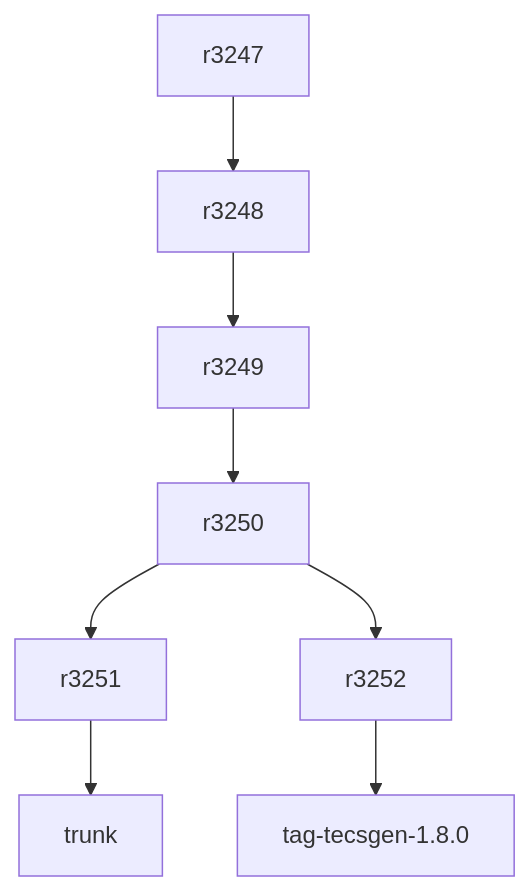
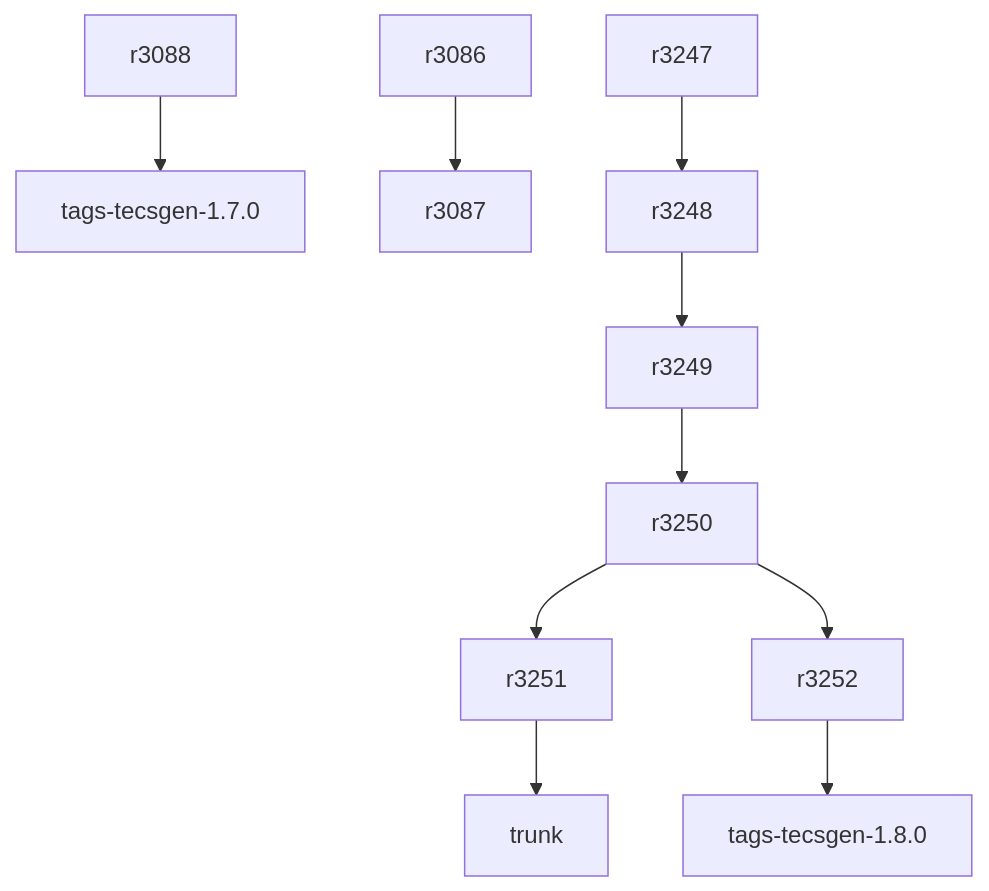
The diagram in tecsgen.md (ykominami/testxprj), drawn with Mermaid before and after one commit.

````diff
--- a/tecsgen.md
+++ b/tecsgen.md
@@ -1,11 +1,14 @@
 ```mermaid
 
 graph TD;
-  r3252-->tag-tecsgen-1.8.0;
+  r3252-->tags-tecsgen-1.8.0;
+  r3088-->tags-tecsgen-1.7.0;
+  r3086-->r3087;
+  
   r3251-->trunk;
   r3250-->r3251;
   r3250-->r3252;
   r3249-->r3250;
   r3248-->r3249;
   r3247-->r3248;
 ```
````
